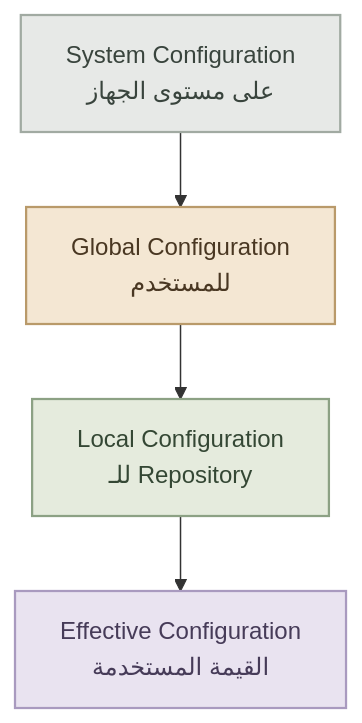
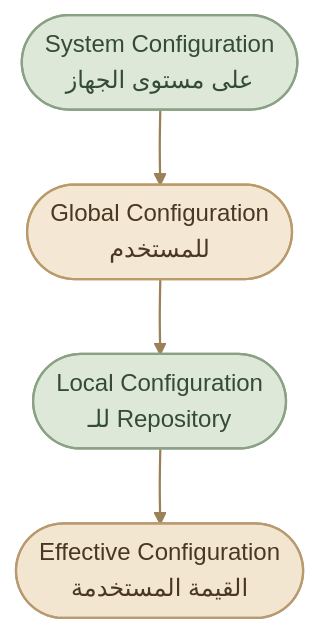
Before and after one commit to mustafammasoud/ops-handbook: the first of 2 diagrams in content/version-control/Git and GitHub/git-setup-and-configuration.mdx, drawn with Mermaid. The commit also changed other lines of this file and 17 other files, not shown here.

````diff
--- a/content/version-control/Git and GitHub/git-setup-and-configuration.mdx
+++ b/content/version-control/Git and GitHub/git-setup-and-configuration.mdx
@@ -153,21 +152,23 @@
 ```mermaid id="git-config-scopes"
 flowchart TD
-    S["System Configuration<br/>على مستوى الجهاز"]
-    G["Global Configuration<br/>للمستخدم"]
-    L["Local Configuration<br/>للـ Repository"]
-    E["Effective Configuration<br/>القيمة المستخدمة"]
+    S(["System Configuration<br/>على مستوى الجهاز"])
+    G(["Global Configuration<br/>للمستخدم"])
+    L(["Local Configuration<br/>للـ Repository"])
+    E(["Effective Configuration<br/>القيمة المستخدمة"])
 
     S --> G
     G --> L
     L --> E
 
-    classDef system fill:#E7E9E7,stroke:#A1AAA2,color:#39443D,stroke-width:1.5px
+    classDef system fill:#DDE8D8,stroke:#8AA184,color:#344B38,stroke-width:1.5px
     classDef global fill:#F4E7D3,stroke:#B99A6A,color:#493722,stroke-width:1.5px
-    classDef local fill:#E5EBDD,stroke:#8CA184,color:#344734,stroke-width:1.5px
-    classDef effective fill:#E9E3F0,stroke:#A99ABF,color:#463B58,stroke-width:1.5px
+    classDef local fill:#DDE8D8,stroke:#8AA184,color:#344B38,stroke-width:1.5px
+    classDef effective fill:#F3E6D0,stroke:#B99A70,color:#493722,stroke-width:1.5px
 
     class S system
     class G global
     class L local
     class E effective
+
+    linkStyle default stroke:#9B8059,stroke-width:1.5px
 ```
````
